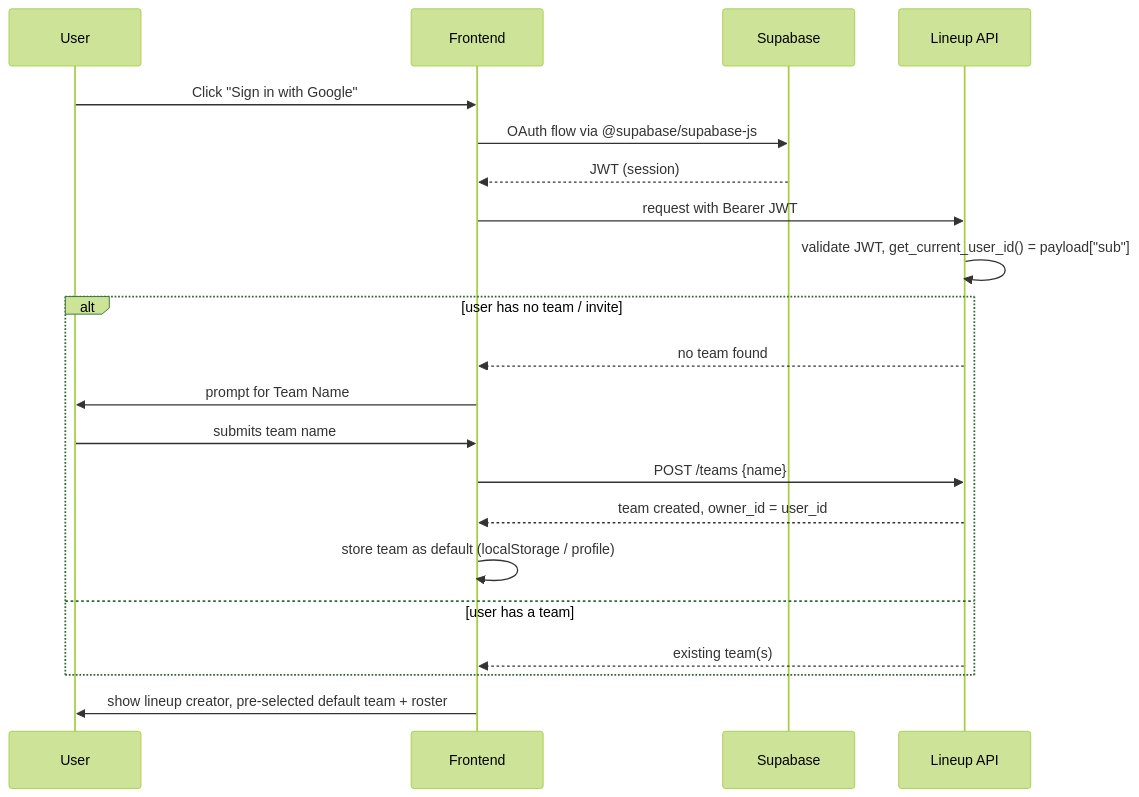
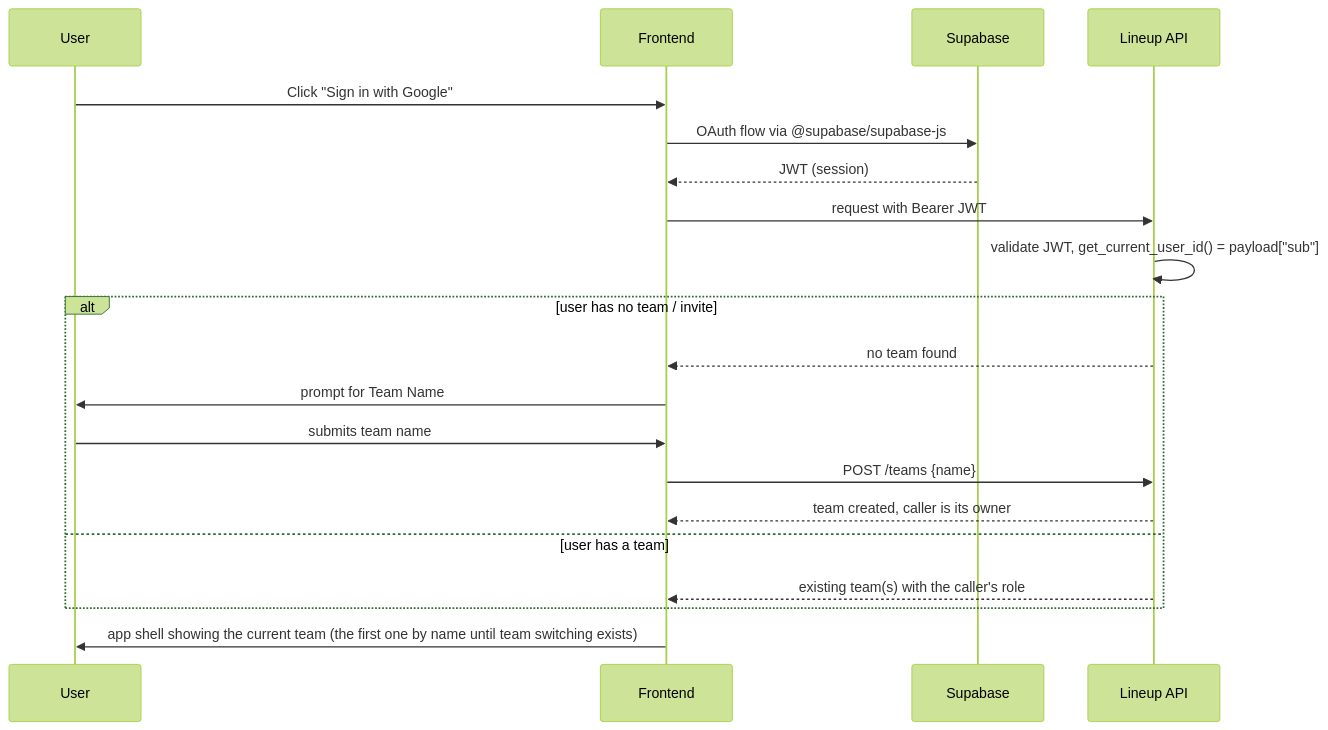
Before and after one commit to LasterBergamot/lineup: the diagram in documentation/Roadmap-Frontend.md, drawn with Mermaid (forest theme). The commit also changed other lines of this file and 43 other files, not shown here.

First line of the commit message:
#129 - Add Google sign-in, the token on every API call and team onboarding

````diff
--- a/documentation/Roadmap-Frontend.md
+++ b/documentation/Roadmap-Frontend.md
@@ -28,24 +29,23 @@
 ```mermaid
 sequenceDiagram
     participant User
     participant FE as Frontend
     participant Supabase
     participant API as Lineup API
 
     User->>FE: Click "Sign in with Google"
     FE->>Supabase: OAuth flow via @supabase/supabase-js
     Supabase-->>FE: JWT (session)
     FE->>API: request with Bearer JWT
     API->>API: validate JWT, get_current_user_id() = payload["sub"]
     alt user has no team / invite
         API-->>FE: no team found
         FE->>User: prompt for Team Name
         User->>FE: submits team name
         FE->>API: POST /teams {name}
-        API-->>FE: team created, owner_id = user_id
-        FE->>FE: store team as default (localStorage / profile)
+        API-->>FE: team created, caller is its owner
     else user has a team
-        API-->>FE: existing team(s)
+        API-->>FE: existing team(s) with the caller's role
     end
-    FE->>User: show lineup creator, pre-selected default team + roster
+    FE->>User: app shell showing the current team (the first one by name until team switching exists)
 ```
````
